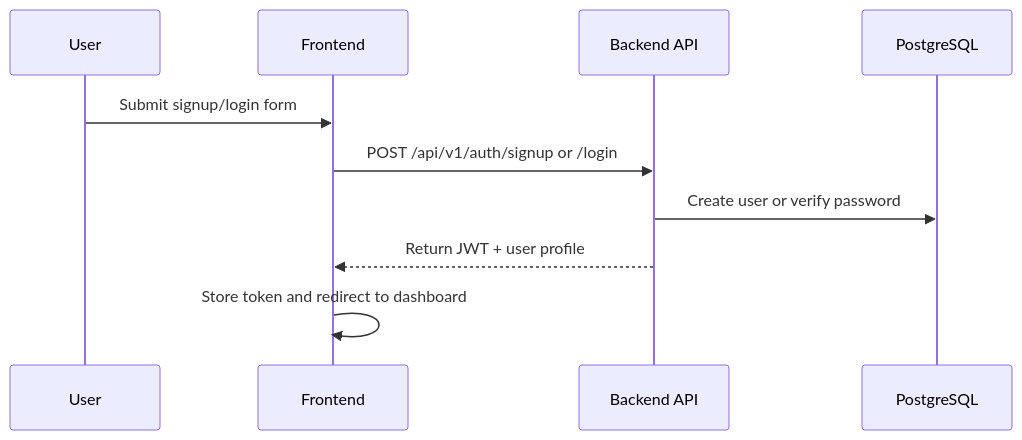
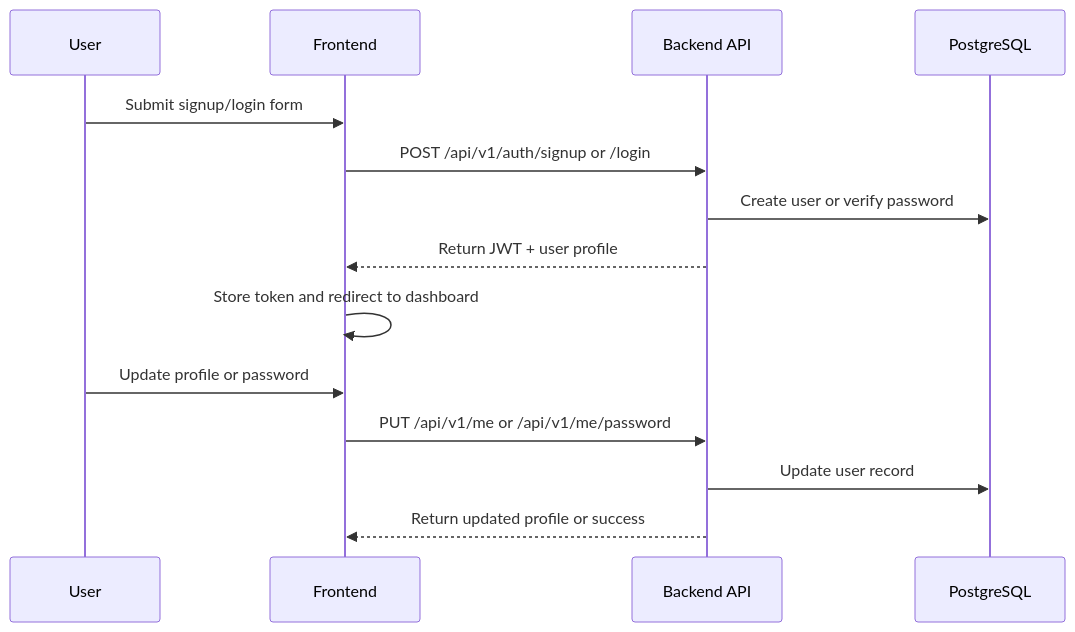
The second of 6 diagrams in README.md (Arbab-ofc/DashFlow), drawn with Mermaid before and after one commit. The commit also changed other lines of this file, not shown here.

Commit message:
Update diagrams for profile/password flow

````diff
--- a/README.md
+++ b/README.md
@@ -68,13 +69,17 @@
 ```mermaid
 sequenceDiagram
   participant User
   participant UI as Frontend
   participant API as Backend API
   participant DB as PostgreSQL
 
   User->>UI: Submit signup/login form
   UI->>API: POST /api/v1/auth/signup or /login
   API->>DB: Create user or verify password
   API-->>UI: Return JWT + user profile
   UI->>UI: Store token and redirect to dashboard
+  User->>UI: Update profile or password
+  UI->>API: PUT /api/v1/me or /api/v1/me/password
+  API->>DB: Update user record
+  API-->>UI: Return updated profile or success
 ```
````
